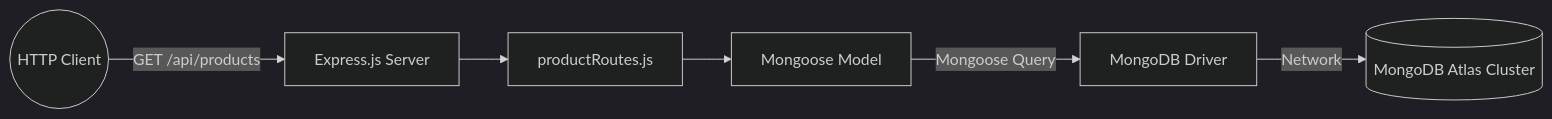
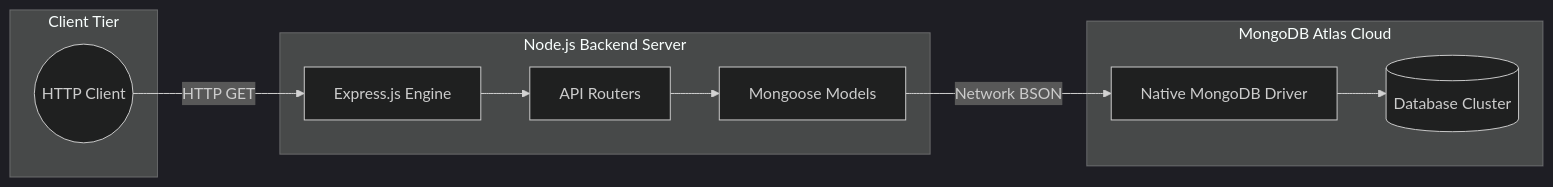
One commit to charan21042005/urbankart changed the second of 2 diagrams in _day-notes/day-01/DAY_01_FOUNDATION_REPORT.md. Above: the diagram before and after it, drawn with Mermaid (dark theme). The commit also changed other lines of this file, not shown here.

````diff
--- a/_day-notes/day-01/DAY_01_FOUNDATION_REPORT.md
+++ b/_day-notes/day-01/DAY_01_FOUNDATION_REPORT.md
@@ -329,8 +395,23 @@
 ```mermaid
 graph LR
-    Client((HTTP Client)) -->|GET /api/products| Express[Express.js Server]
-    Express --> Router[productRoutes.js]
-    Router --> ODM[Mongoose Model]
-    ODM -->|Mongoose Query| Driver[MongoDB Driver]
-    Driver -->|Network| Atlas[(MongoDB Atlas Cluster)]
+    subgraph Client Tier
+        Browser((HTTP Client))
+    end
+    
+    subgraph Node.js Backend Server
+        Express[Express.js Engine]
+        Router[API Routers]
+        ODM[Mongoose Models]
+    end
+    
+    subgraph MongoDB Atlas Cloud
+        Driver[Native MongoDB Driver]
+        Atlas[(Database Cluster)]
+    end
+
+    Browser -->|HTTP GET| Express
+    Express --> Router
+    Router --> ODM
+    ODM -->|Network BSON| Driver
+    Driver --> Atlas
 ```
````
